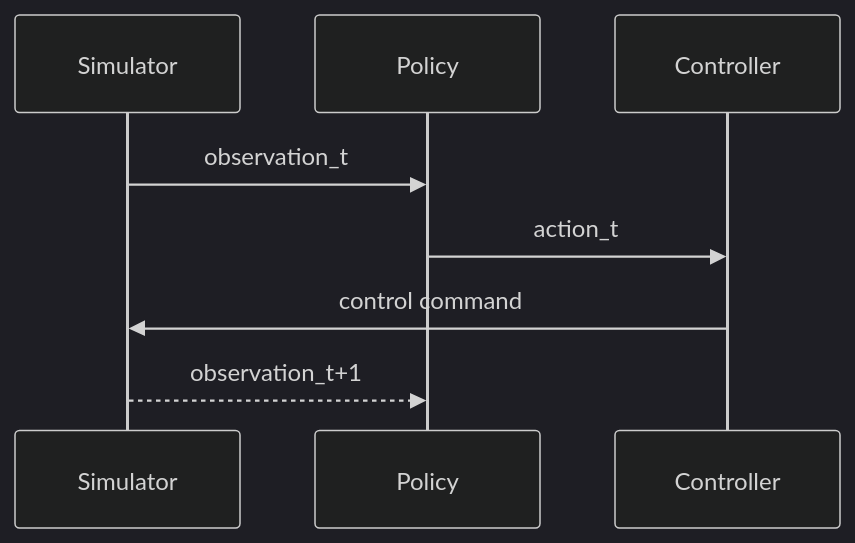
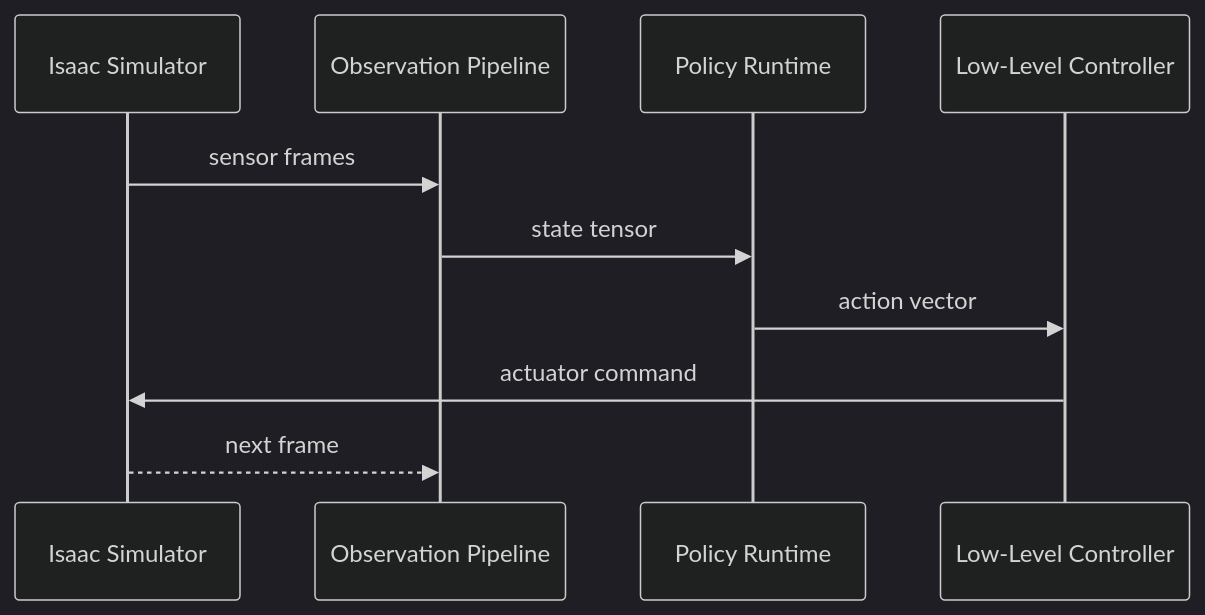
The diagram in docs/module-3-isaac/overview.mdx (MariumAfzal2703/physical-ai-humanoid-robotics-textbook), drawn with Mermaid (dark theme) before and after one commit. The commit also changed other lines of this file and 22 other files, not shown here.

````diff
--- a/docs/module-3-isaac/overview.mdx
+++ b/docs/module-3-isaac/overview.mdx
@@ -18,10 +25,12 @@
 ```mermaid
 sequenceDiagram
-  participant S as Simulator
-  participant P as Policy
-  participant C as Controller
-  S->>P: observation_t
-  P->>C: action_t
-  C->>S: control command
-  S-->>P: observation_t+1
+  participant Sim as Isaac Simulator
+  participant Obs as Observation Pipeline
+  participant Policy as Policy Runtime
+  participant Ctrl as Low-Level Controller
+  Sim->>Obs: sensor frames
+  Obs->>Policy: state tensor
+  Policy->>Ctrl: action vector
+  Ctrl->>Sim: actuator command
+  Sim-->>Obs: next frame
 ```
````
